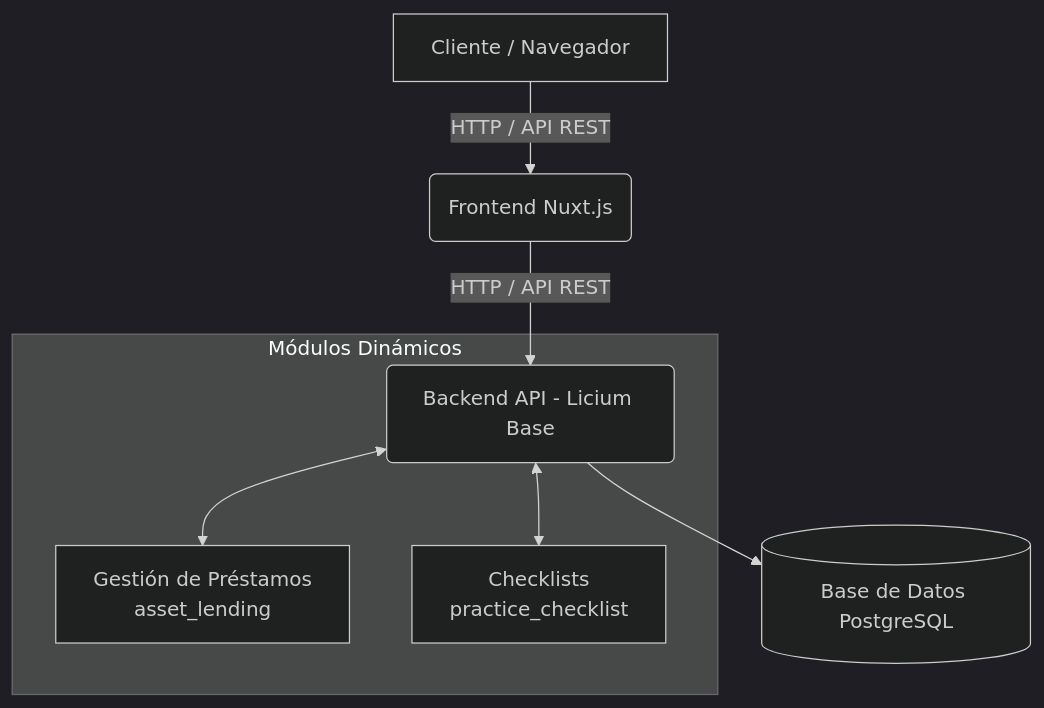
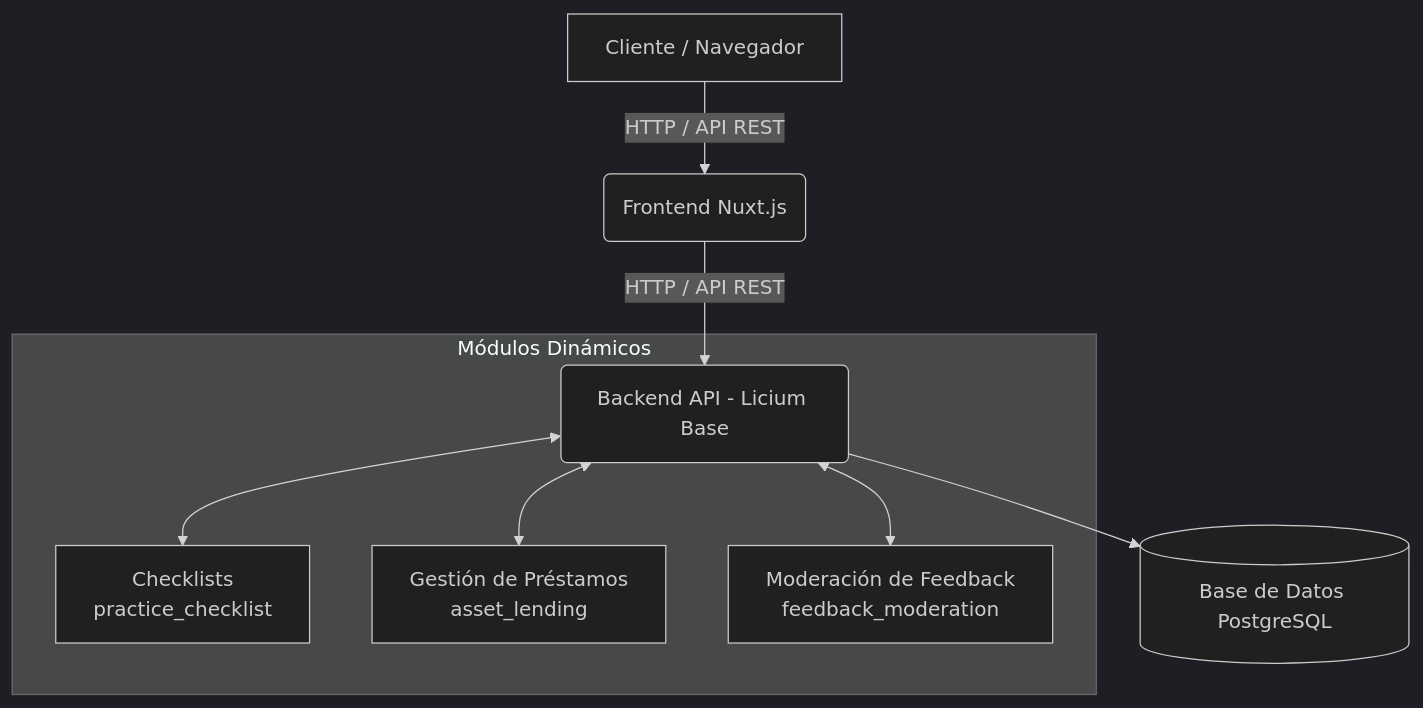
The diagram in README.md (jesuscb123/modulo-checkList), drawn with Mermaid (dark theme) before and after one commit. The commit also changed other lines of this file and 7 other files, not shown here.

````diff
--- a/README.md
+++ b/README.md
@@ -11,12 +11,13 @@
 ```mermaid
 graph TD
     Client[Cliente / Navegador] -->|HTTP / API REST| Frontend(Frontend Nuxt.js)
     Frontend -->|HTTP / API REST| API(Backend API - Licium Base)
     
     subgraph Módulos Dinámicos
+    API <--> PC[Checklists<br/>practice_checklist]
     API <--> AL[Gestión de Préstamos<br/>asset_lending]
-    API <--> PC[Checklists<br/>practice_checklist]
+    API <--> FM[Moderación de Feedback<br/>feedback_moderation]
     end
 
     API --> DB[(Base de Datos PostgreSQL)]
 ```
````
